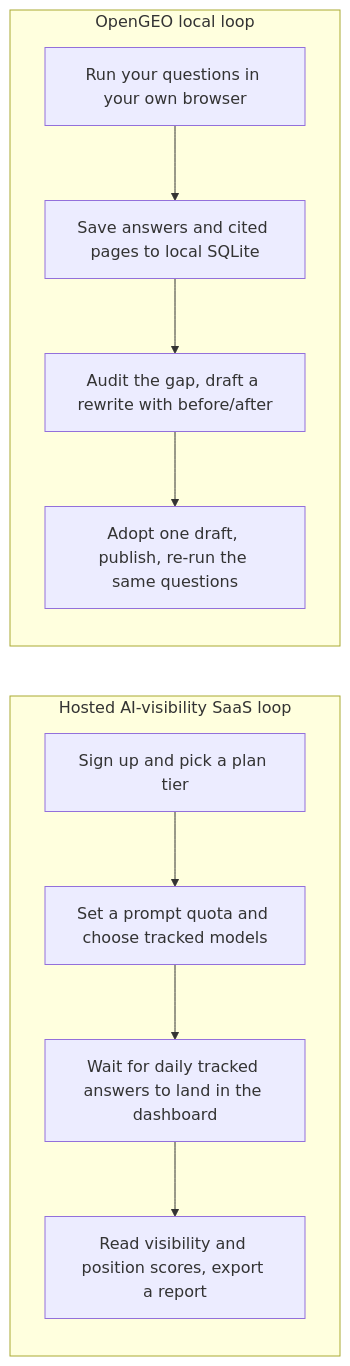
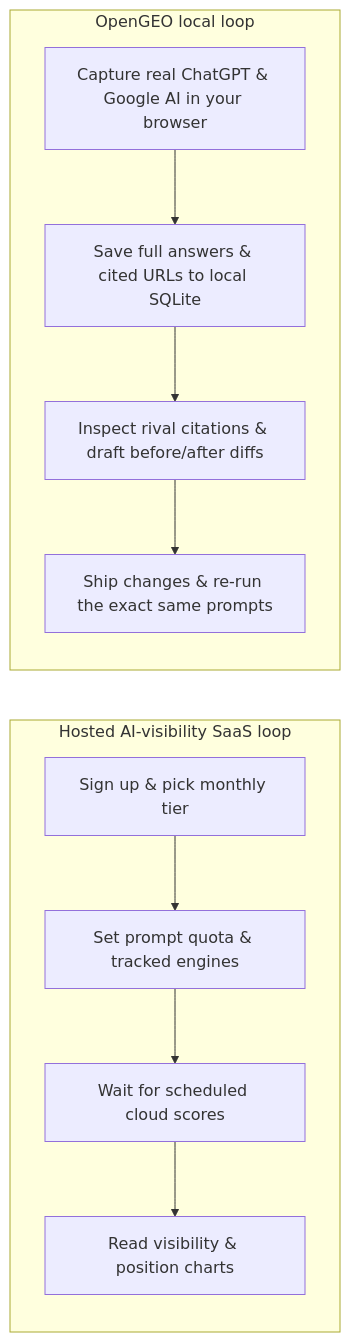
The diagram in docs/comparisons/profound-otterly-ai-peec-ai-alternatives.md (cooleryu/opengeo), drawn with Mermaid before and after one commit. The commit also changed other lines of this file and 1 other file, not shown here.

Commit message:
docs: expand comparison with Semrush AI Visibility and dedupe README

````diff
--- a/docs/comparisons/profound-otterly-ai-peec-ai-alternatives.md
+++ b/docs/comparisons/profound-otterly-ai-peec-ai-alternatives.md
@@ -38,9 +44,9 @@
 ```mermaid
 flowchart LR
   subgraph T["Hosted AI-visibility SaaS loop"]
-    T0["Sign up and pick a plan tier"] --> T1["Set a prompt quota and choose tracked models"] --> T2["Wait for daily tracked answers to land in the dashboard"] --> T3["Read visibility and position scores, export a report"]
+    T0["Sign up & pick monthly tier"] --> T1["Set prompt quota & tracked engines"] --> T2["Wait for scheduled cloud scores"] --> T3["Read visibility & position charts"]
   end
   subgraph O["OpenGEO local loop"]
-    O0["Run your questions in your own browser"] --> O1["Save answers and cited pages to local SQLite"] --> O2["Audit the gap, draft a rewrite with before/after"] --> O3["Adopt one draft, publish, re-run the same questions"]
+    O0["Capture real ChatGPT & Google AI in your browser"] --> O1["Save full answers & cited URLs to local SQLite"] --> O2["Inspect rival citations & draft before/after diffs"] --> O3["Ship changes & re-run the exact same prompts"]
   end
 ```
````
